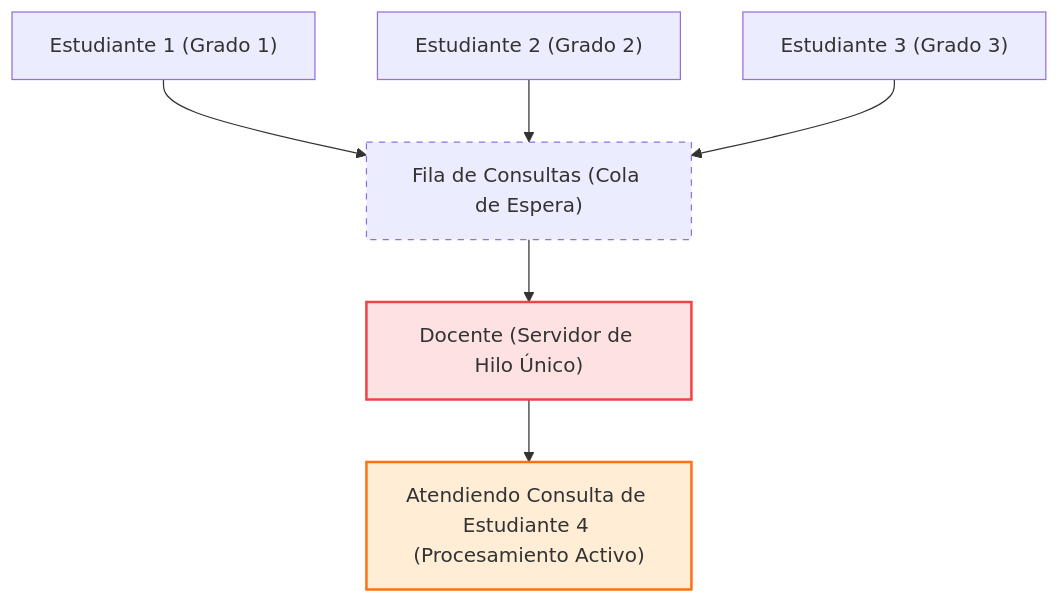
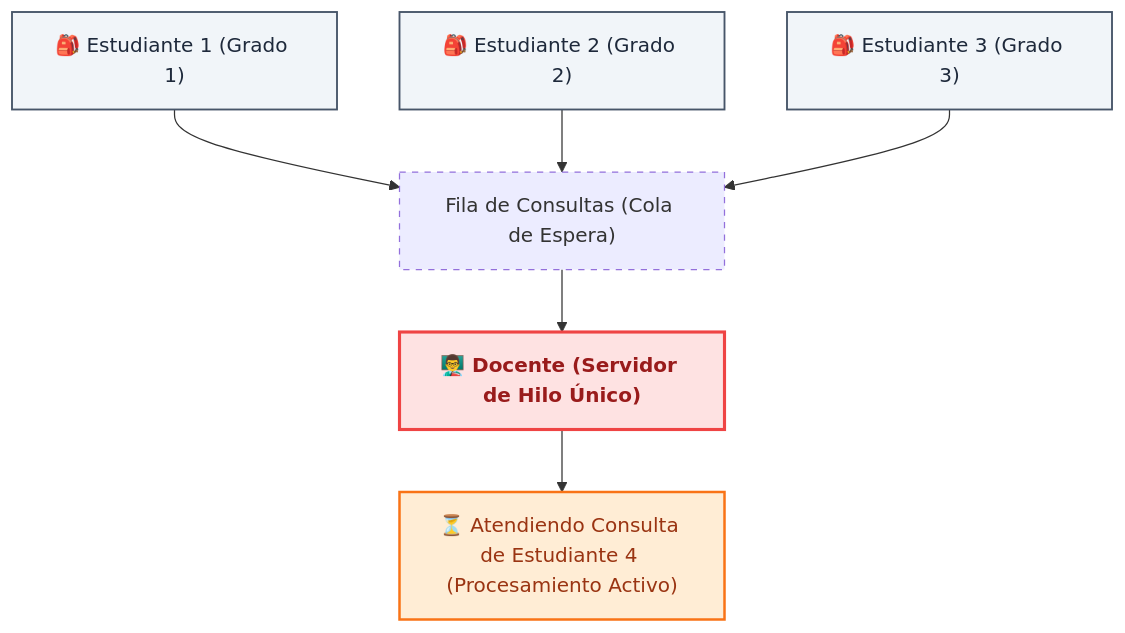
Before and after one commit to jhanslarico11/Perfil-de-Egreso: the second of 4 diagrams in docs/ChristianRafaelMamaniCallata/entregable4.md, drawn with Mermaid. The commit also changed other lines of this file and 4 other files, not shown here.

Commit message:
Personalización visual y estilización de los diagramas Mermaid

````diff
--- a/docs/ChristianRafaelMamaniCallata/entregable4.md
+++ b/docs/ChristianRafaelMamaniCallata/entregable4.md
@@ -116,14 +116,15 @@
 ```mermaid
 graph TD
-    classDef block fill:#fee2e2,stroke:#ef4444,stroke-width:2px;
-    classDef proc fill:#ffedd5,stroke:#f97316,stroke-width:2px;
+    classDef block fill:#fee2e2,stroke:#ef4444,stroke-width:2.5px,color:#991b1b,font-weight:bold;
+    classDef proc fill:#ffedd5,stroke:#f97316,stroke-width:2px,color:#9a3412;
+    classDef stu fill:#f1f5f9,stroke:#475569,stroke-width:1.5px,color:#1e293b;
 
-    E1["Estudiante 1 (Grado 1)"] --> Queue["Fila de Consultas (Cola de Espera)"]
-    E2["Estudiante 2 (Grado 2)"] --> Queue
-    E3["Estudiante 3 (Grado 3)"] --> Queue
+    E1["🎒 Estudiante 1 (Grado 1)"]:::stu --> Queue[" Fila de Consultas (Cola de Espera)"]
+    E2["🎒 Estudiante 2 (Grado 2)"]:::stu --> Queue
+    E3["🎒 Estudiante 3 (Grado 3)"]:::stu --> Queue
     
-    Queue --> Doc["Docente (Servidor de Hilo Único)"]:::block
-    Doc --> Current["Atendiendo Consulta de Estudiante 4 (Procesamiento Activo)"]:::proc
+    Queue --> Doc["👨‍🏫 Docente (Servidor de Hilo Único)"]:::block
+    Doc --> Current["⏳ Atendiendo Consulta de Estudiante 4 (Procesamiento Activo)"]:::proc
     
     style Queue stroke-dasharray: 5 5;
 ```
````
